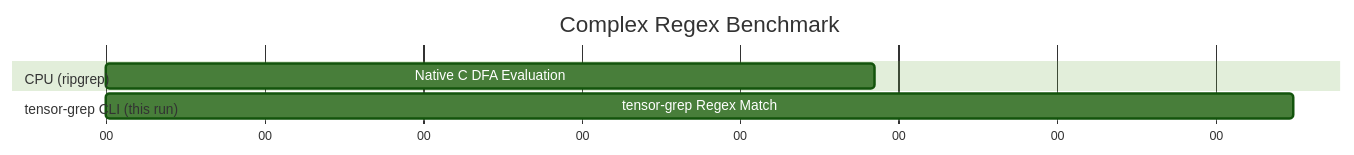
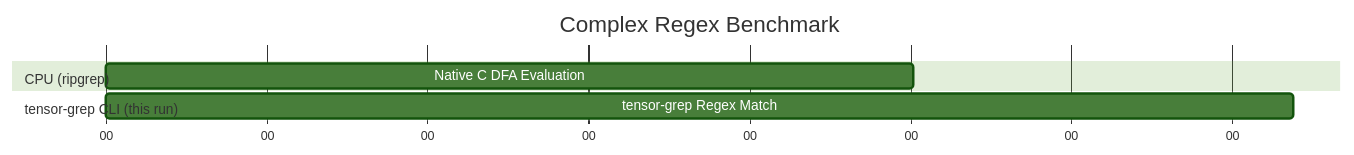
The second of 3 diagrams in docs/PAPER.md (oimiragieo/tensor-grep), drawn with Mermaid (forest theme) before and after one commit. The commit also changed other lines of this file and 5 other files, not shown here.

````diff
--- a/docs/PAPER.md
+++ b/docs/PAPER.md
@@ -103,12 +103,12 @@
 ```mermaid
 gantt
     title Complex Regex Benchmark
     dateFormat  s
     axisFormat %S
     
     section CPU (ripgrep)
-    Native C DFA Evaluation :a1, 0, 0.485s
+    Native C DFA Evaluation :a1, 0, 0.502s
     
     section tensor-grep CLI (this run)
-    tensor-grep Regex Match :a2, 0, 0.749s
+    tensor-grep Regex Match :a2, 0, 0.738s
 ```
````
